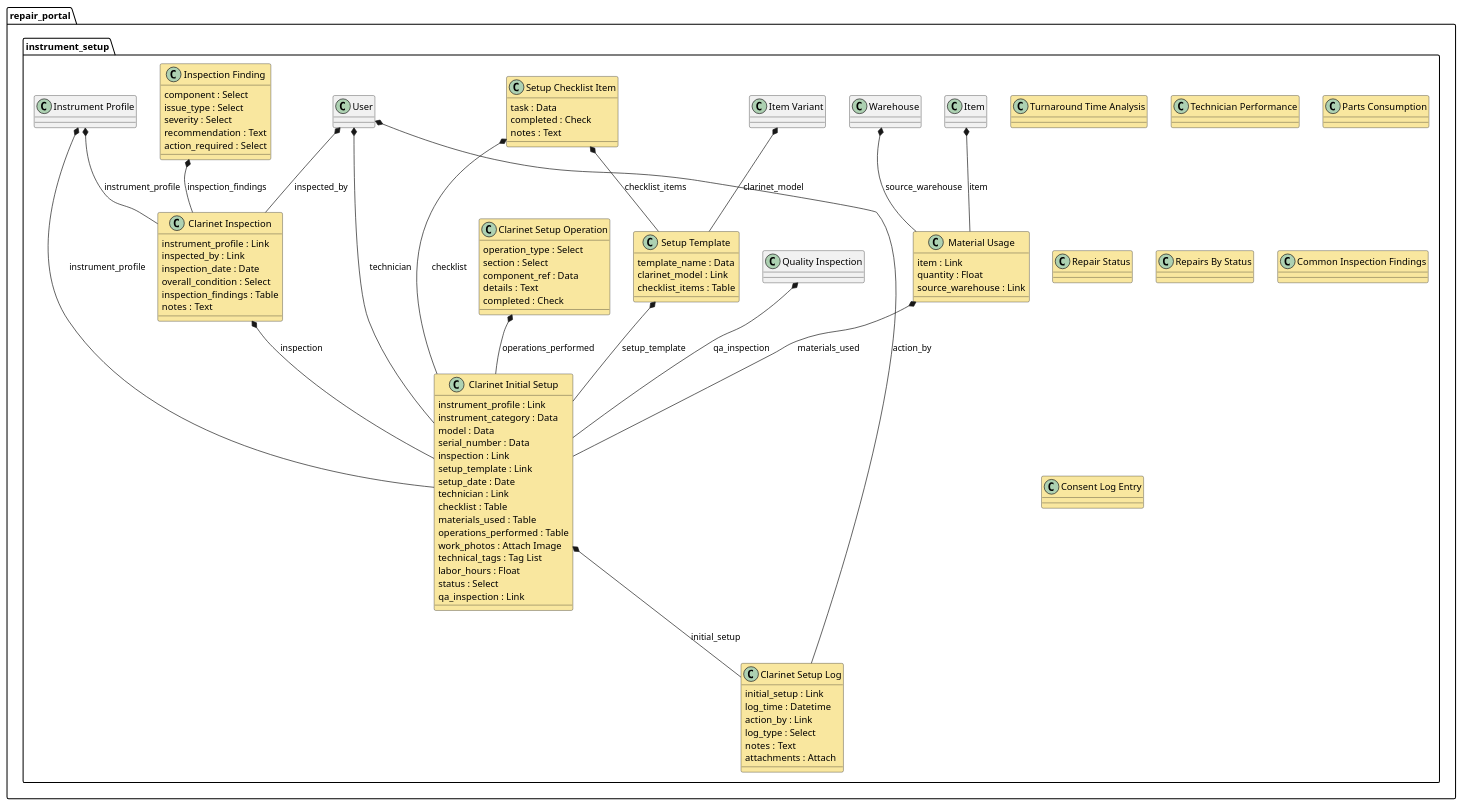
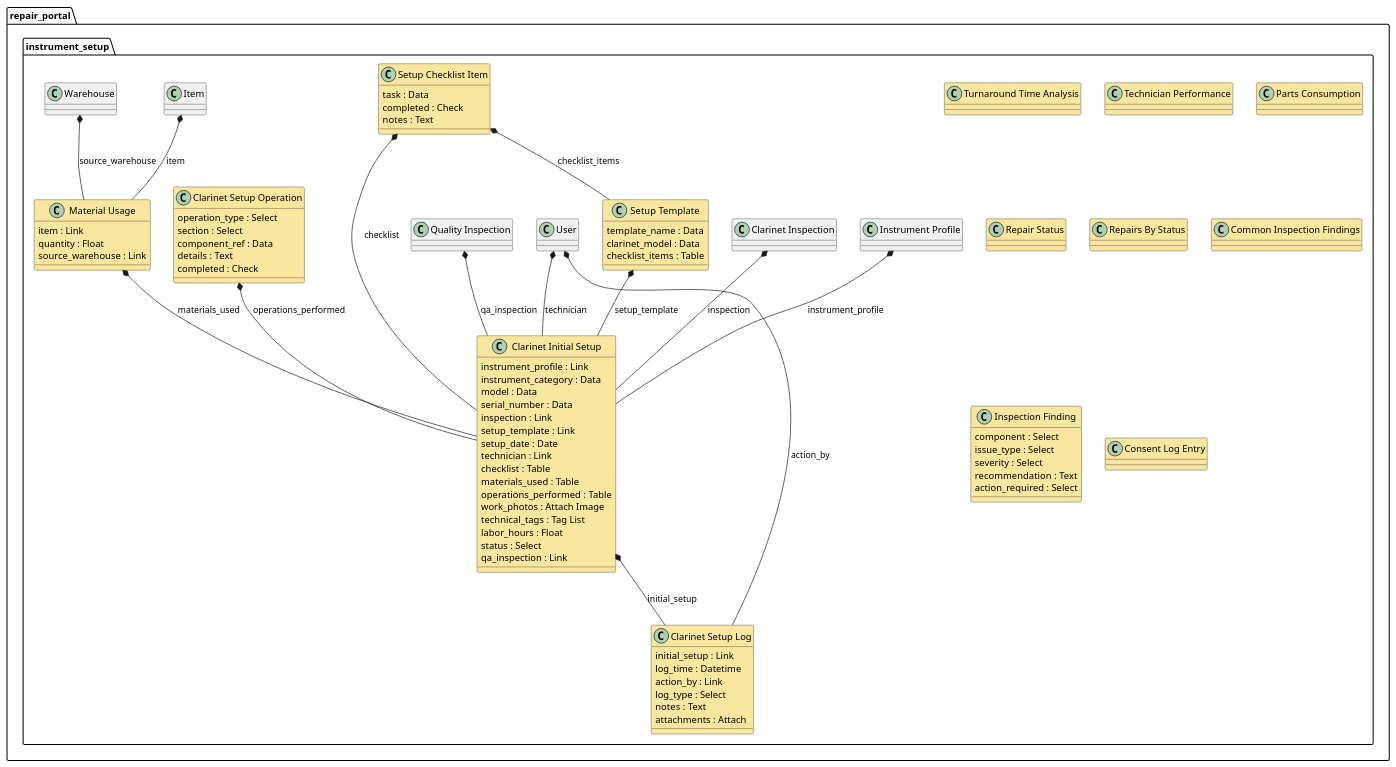
Before and after one commit to ArtisanClarinets/repair_portal: the diagram in fviz/module/repair_portal_instrument_setup.plantuml, drawn with PlantUML. The commit also changed 56 other files, not shown here.

```diff
--- a/fviz/module/repair_portal_instrument_setup.plantuml
+++ b/fviz/module/repair_portal_instrument_setup.plantuml
@@ -1,98 +1,86 @@
 @startuml
 package repair_portal.instrument_setup <<Folder>> {
 class "Turnaround Time Analysis" #F9E79F {
 }
 class "Technician Performance" #F9E79F {
 }
 class "Parts Consumption" #F9E79F {
 }
 class "Repair Status" #F9E79F {
 }
 class "Repairs By Status" #F9E79F {
 }
 class "Common Inspection Findings" #F9E79F {
 }
 class "Inspection Finding" #F9E79F {
   component : Select
   issue_type : Select
   severity : Select
   recommendation : Text
   action_required : Select
 }
 class "Clarinet Setup Operation" #F9E79F {
   operation_type : Select
   section : Select
   component_ref : Data
   details : Text
   completed : Check
-}
-"Instrument Profile" *-- "Clarinet Inspection" : instrument_profile
-"User" *-- "Clarinet Inspection" : inspected_by
-"Inspection Finding" *-- "Clarinet Inspection" : inspection_findings
-class "Clarinet Inspection" #F9E79F {
-  instrument_profile : Link
-  inspected_by : Link
-  inspection_date : Date
-  overall_condition : Select
-  inspection_findings : Table
-  notes : Text
 }
 class "Consent Log Entry" #F9E79F {
 }
 "Instrument Profile" *-- "Clarinet Initial Setup" : instrument_profile
 "Clarinet Inspection" *-- "Clarinet Initial Setup" : inspection
 "Setup Template" *-- "Clarinet Initial Setup" : setup_template
 "User" *-- "Clarinet Initial Setup" : technician
 "Setup Checklist Item" *-- "Clarinet Initial Setup" : checklist
 "Material Usage" *-- "Clarinet Initial Setup" : materials_used
 "Clarinet Setup Operation" *-- "Clarinet Initial Setup" : operations_performed
 "Quality Inspection" *-- "Clarinet Initial Setup" : qa_inspection
 class "Clarinet Initial Setup" #F9E79F {
   instrument_profile : Link
   instrument_category : Data
   model : Data
   serial_number : Data
   inspection : Link
   setup_template : Link
   setup_date : Date
   technician : Link
   checklist : Table
   materials_used : Table
   operations_performed : Table
   work_photos : Attach Image
   technical_tags : Tag List
   labor_hours : Float
   status : Select
   qa_inspection : Link
 }
 class "Setup Checklist Item" #F9E79F {
   task : Data
   completed : Check
   notes : Text
 }
-"Item Variant" *-- "Setup Template" : clarinet_model
 "Setup Checklist Item" *-- "Setup Template" : checklist_items
 class "Setup Template" #F9E79F {
   template_name : Data
-  clarinet_model : Link
+  clarinet_model : Data
   checklist_items : Table
 }
 "Item" *-- "Material Usage" : item
 "Warehouse" *-- "Material Usage" : source_warehouse
 class "Material Usage" #F9E79F {
   item : Link
   quantity : Float
   source_warehouse : Link
 }
 "Clarinet Initial Setup" *-- "Clarinet Setup Log" : initial_setup
 "User" *-- "Clarinet Setup Log" : action_by
 class "Clarinet Setup Log" #F9E79F {
   initial_setup : Link
   log_time : Datetime
   action_by : Link
   log_type : Select
   notes : Text
   attachments : Attach
 }
 }
 @enduml
```
